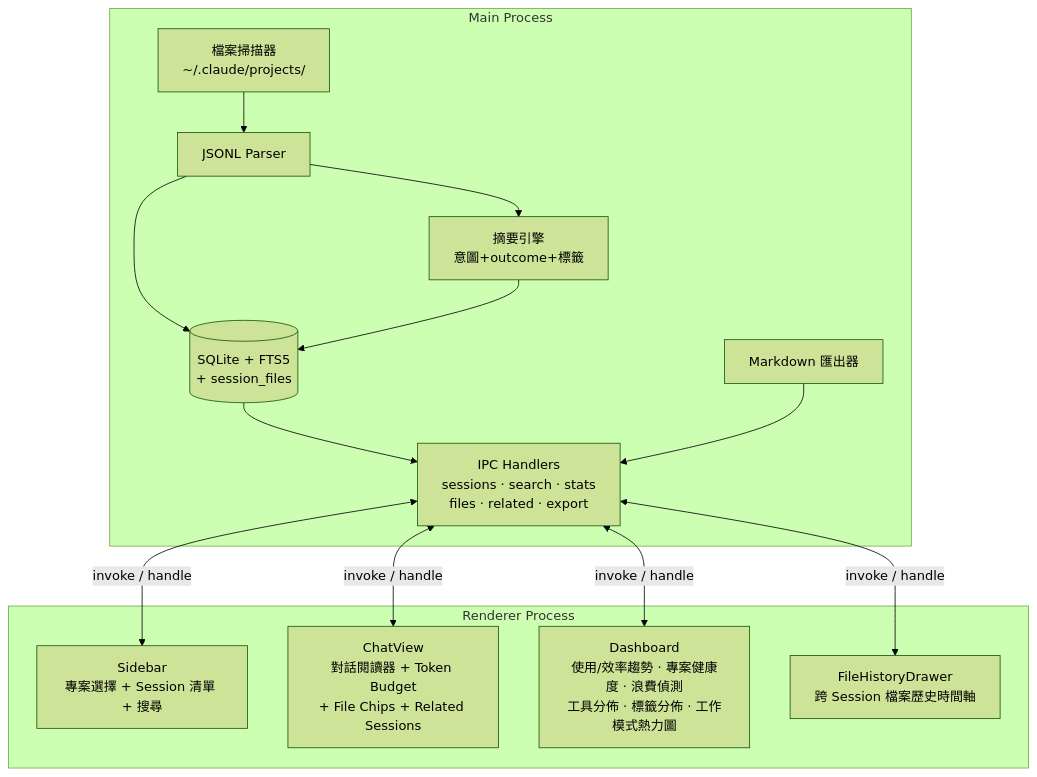
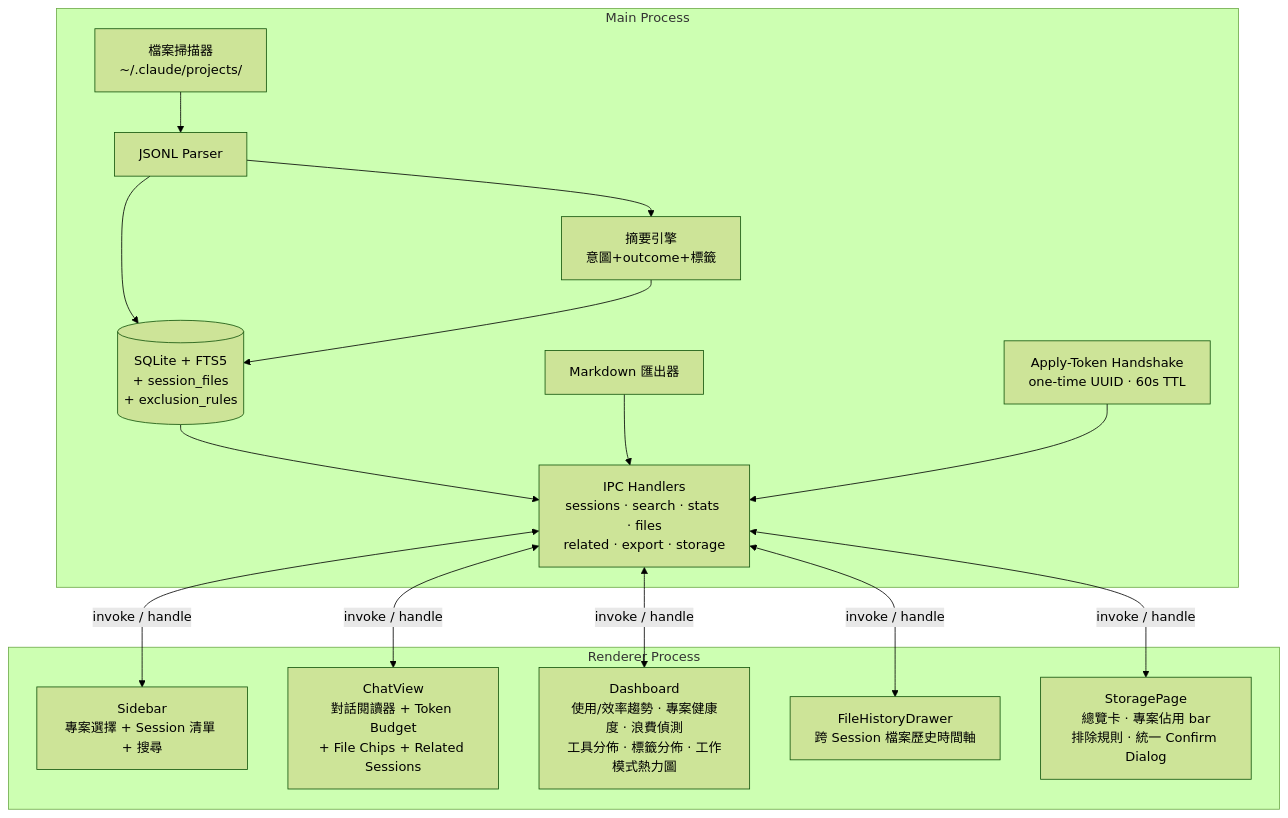
Before and after one commit to tznthou/ccRewind: the diagram in README.md, drawn with Mermaid (forest theme). The commit also changed other lines of this file and 3 other files, not shown here.

````diff
--- a/README.md
+++ b/README.md
@@ -148,23 +163,26 @@
 ```mermaid
 graph TB
     subgraph Main Process
         FS[檔案掃描器<br>~/.claude/projects/] --> JP[JSONL Parser]
         JP --> SM[摘要引擎<br>意圖+outcome+標籤]
-        JP --> DB[(SQLite + FTS5<br>+ session_files)]
+        JP --> DB[(SQLite + FTS5<br>+ session_files<br>+ exclusion_rules)]
         SM --> DB
-        DB --> IPC[IPC Handlers<br>sessions · search · stats<br>files · related · export]
+        DB --> IPC[IPC Handlers<br>sessions · search · stats · files<br>related · export · storage]
         EX[Markdown 匯出器] --> IPC
+        AT[Apply-Token Handshake<br>one-time UUID · 60s TTL] --> IPC
     end
 
     subgraph Renderer Process
         SB[Sidebar<br>專案選擇 + Session 清單 + 搜尋]
         CV[ChatView<br>對話閱讀器 + Token Budget<br>+ File Chips + Related Sessions]
         DB_UI[Dashboard<br>使用/效率趨勢 · 專案健康度 · 浪費偵測<br>工具分佈 · 標籤分佈 · 工作模式熱力圖]
         FH[FileHistoryDrawer<br>跨 Session 檔案歷史時間軸]
+        SP[StoragePage<br>總覽卡 · 專案佔用 bar<br>排除規則 · 統一 Confirm Dialog]
     end
 
     IPC <-->|invoke / handle| SB
     IPC <-->|invoke / handle| CV
     IPC <-->|invoke / handle| DB_UI
     IPC <-->|invoke / handle| FH
+    IPC <-->|invoke / handle| SP
 ```
````
